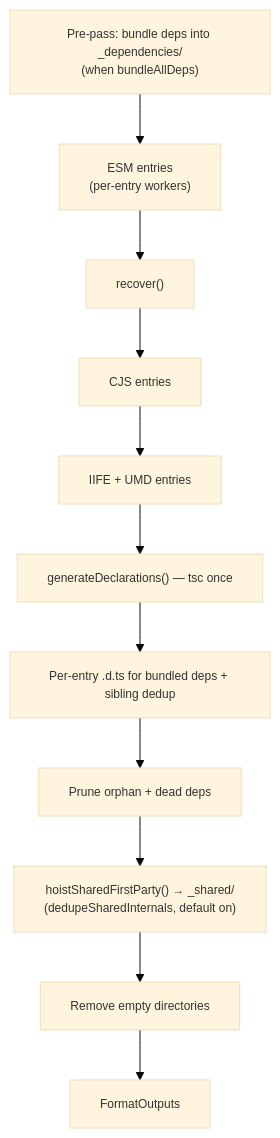
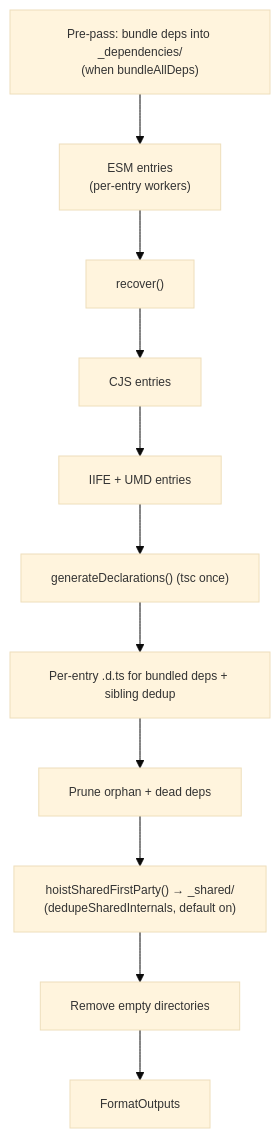
Before and after one commit to AndrewRedican/hyperfrontend: the fourth of 5 diagrams in libs/builder/ARCHITECTURE.md, drawn with Mermaid. The commit also changed other lines of this file and 4 other files, not shown here.

Commit message:
docs(lib-builder): trim the architecture note and break up the long entry-point prose

````diff
--- a/libs/builder/ARCHITECTURE.md
+++ b/libs/builder/ARCHITECTURE.md
@@ -243,20 +243,20 @@
 ```mermaid
 ---
 config:
   theme: base
   themeVariables:
     fontSize: 12px
 ---
 flowchart TB
     prepass["Pre-pass: bundle deps into _dependencies/<br/>(when bundleAllDeps)"]
     prepass --> esm["ESM entries<br/>(per-entry workers)"]
     esm --> r1["recover()"]
     r1 --> cjs["CJS entries"]
     cjs --> iife["IIFE + UMD entries"]
-    iife --> dts["generateDeclarations() — tsc once"]
+    iife --> dts["generateDeclarations() (tsc once)"]
     dts --> dtsdep["Per-entry .d.ts for bundled deps + sibling dedup"]
     dtsdep --> prune["Prune orphan + dead deps"]
     prune --> dedupe["hoistSharedFirstParty() → _shared/<br/>(dedupeSharedInternals, default on)"]
     dedupe --> cleanup["Remove empty directories"]
     cleanup --> out["FormatOutputs"]
 ```
````
